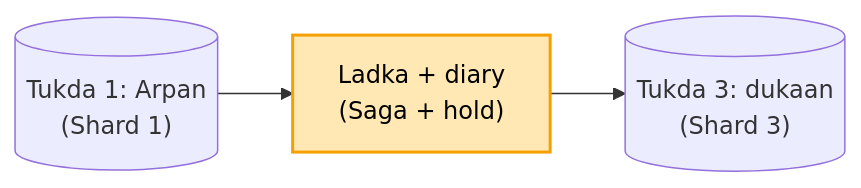
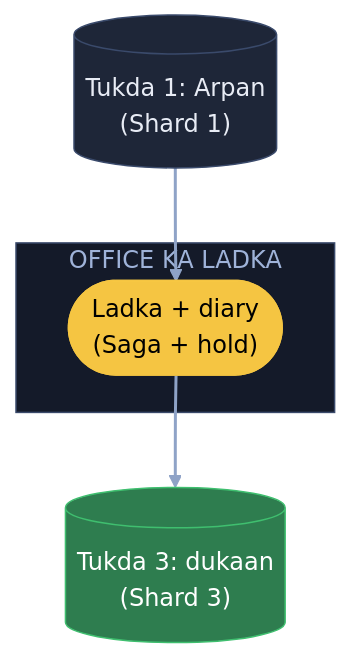
One commit to ArpanMaheshwari144/Prep changed the tenth of 11 diagrams in 04_HLD/SYSTEM_DESIGNS/06_payment_system/06_payment_system.md. Above: the diagram before and after it, drawn with Mermaid. The commit also changed other lines of this file, not shown here.

Commit message:
Payment: 11 diagram YouTube (reel) wale card andaaz me

````diff
--- a/04_HLD/SYSTEM_DESIGNS/06_payment_system/06_payment_system.md
+++ b/04_HLD/SYSTEM_DESIGNS/06_payment_system/06_payment_system.md
@@ -197,6 +291,16 @@
 ```mermaid
-flowchart LR
-    T1[("Tukda 1: Arpan<br/>(Shard 1)")] --> L["Ladka + diary<br/>(Saga + hold)"]
-    L --> T3[("Tukda 3: dukaan<br/>(Shard 3)")]
-    style L fill:#ffe8b3,stroke:#f59f00,stroke-width:2px,color:#000
+flowchart TB
+    T1[("Tukda 1: Arpan<br/>(Shard 1)")]:::card
+    subgraph OL["OFFICE KA LADKA"]
+        L(["Ladka + diary<br/>(Saga + hold)"]):::pill
+    end
+    T3[("Tukda 3: dukaan<br/>(Shard 3)")]:::good
+    T1 --> L
+    L --> T3
+    linkStyle default stroke:#8fa3c7,stroke-width:2px
+    classDef card fill:#1e2638,stroke:#3a4a6b,color:#e8ecf5
+    classDef pill fill:#f5c542,stroke:#f5c542,color:#000
+    classDef good fill:#2e7d4f,stroke:#3fbf6f,color:#fff
+    classDef bad fill:#5c1f24,stroke:#e05561,color:#fff
+    style OL fill:#141a29,stroke:#3a4a6b,color:#9fb3d9
 ```
````
